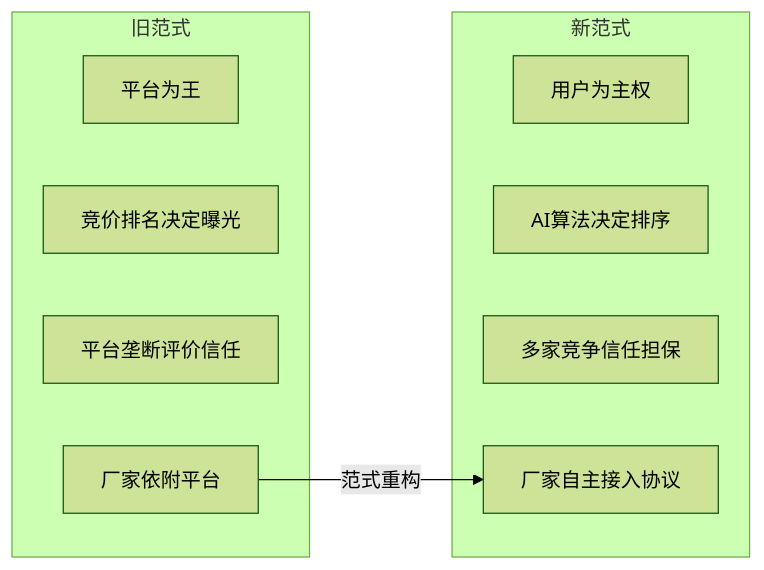
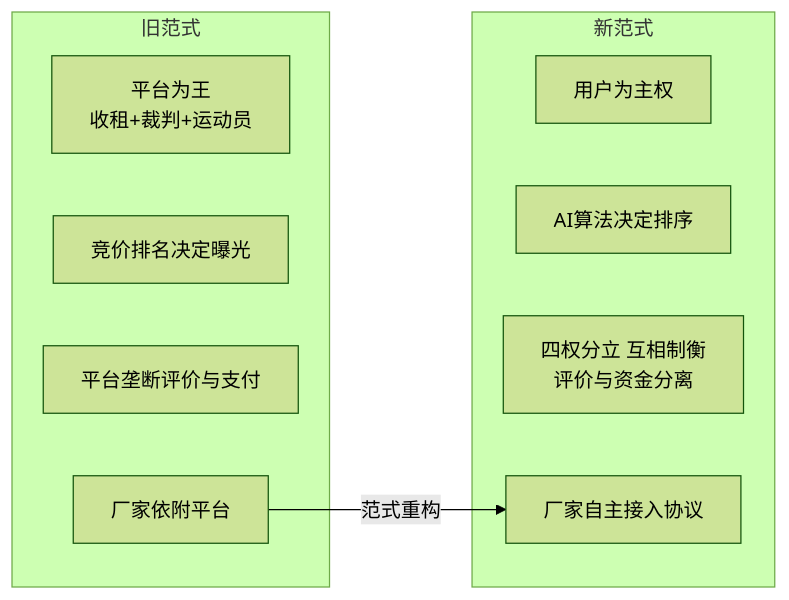
The third of 7 diagrams in 中文简体/AI购物新范式.md (kaicen-x/ai-shopping-paradigm), drawn with Mermaid (forest theme) before and after one commit. The commit also changed other lines of this file and 4 other files, not shown here.

````diff
--- a/中文简体/AI购物新范式.md
+++ b/中文简体/AI购物新范式.md
@@ -110,18 +125,18 @@
 ```mermaid
 graph LR
- subgraph 旧范式
- A1[平台为王]
- A2[竞价排名决定曝光]
- A3[平台垄断评价信任]
- A4[厂家依附平台]
- end
+    subgraph 旧范式
+        A1[平台为王<br/>收租+裁判+运动员]
+        A2[竞价排名决定曝光]
+        A3[平台垄断评价与支付]
+        A4[厂家依附平台]
+    end
 
- subgraph 新范式
- B1[用户为主权]
- B2[AI算法决定排序]
- B3[多家竞争信任担保]
- B4[厂家自主接入协议]
- end
+    subgraph 新范式
+        B1[用户为主权]
+        B2[AI算法决定排序]
+        B3[四权分立 互相制衡<br/>评价与资金分离]
+        B4[厂家自主接入协议]
+    end
 
- A4 -->|范式重构| B4
+    A4 -->|范式重构| B4
 ```
````
